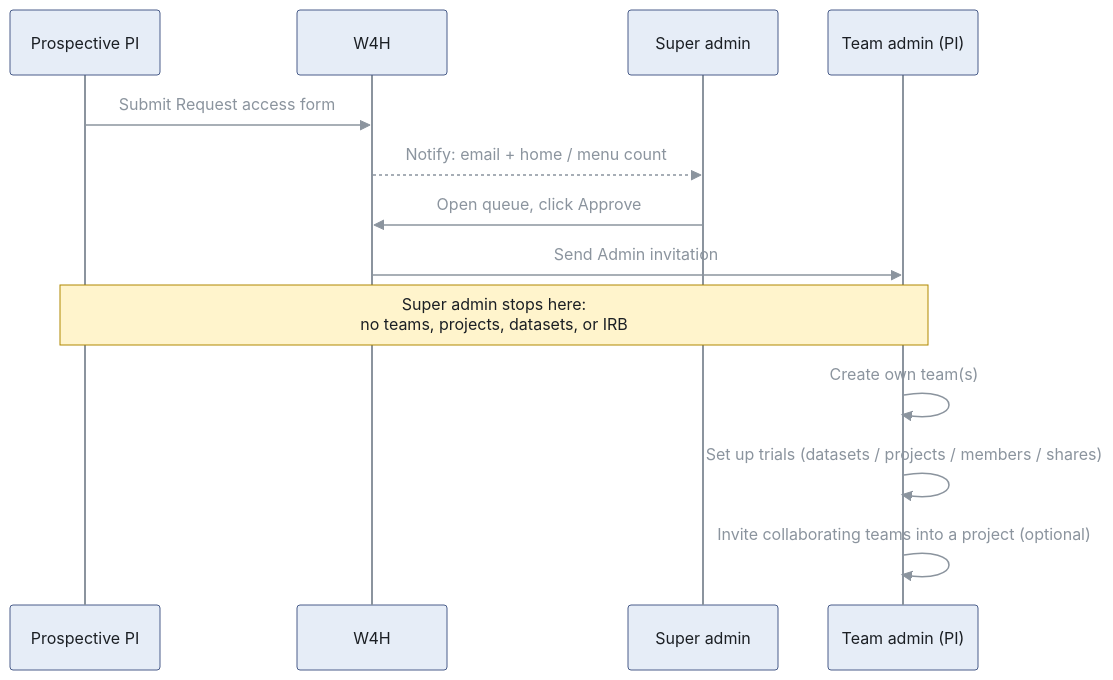
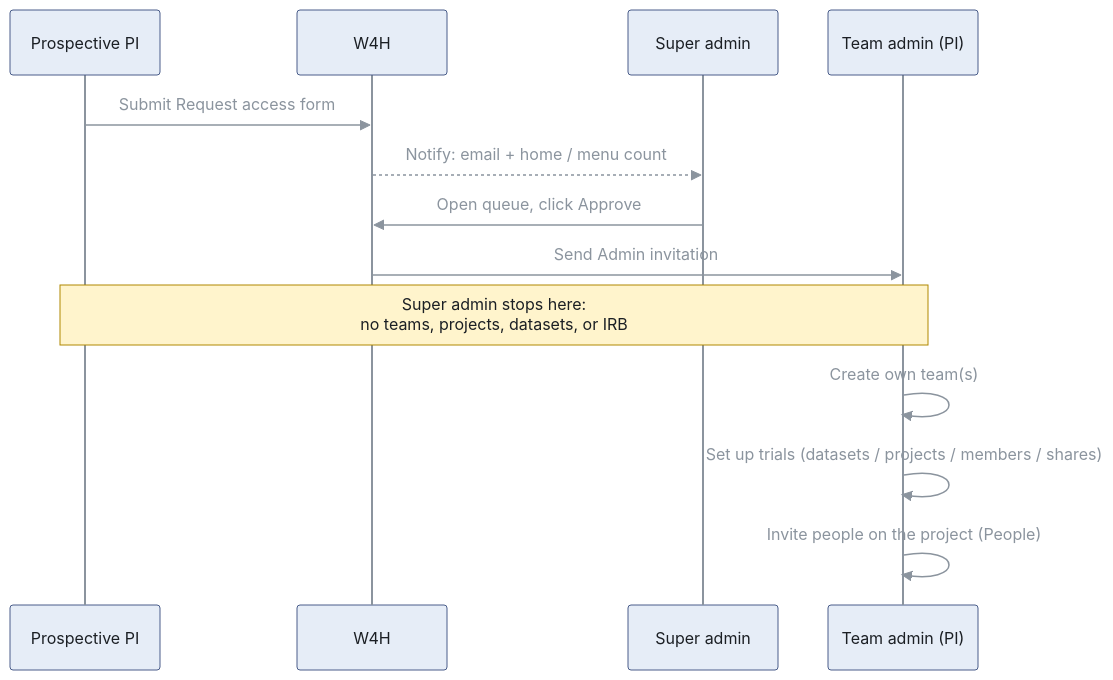
The first of 3 diagrams in dev/mvp.md (USC-InfoLab/w4h-docs), drawn with Mermaid before and after one commit. The commit also changed other lines of this file and 16 other files, not shown here.

````diff
--- a/dev/mvp.md
+++ b/dev/mvp.md
@@ -148,21 +148,21 @@
 ```mermaid
 %%{init: {'theme': 'base', 'themeVariables': {
   'actorBkg': '#e6edf7', 'actorBorder': '#4a5d8a', 'actorTextColor': '#1b1f24',
   'actorLineColor': '#8b949e', 'signalColor': '#8b949e', 'signalTextColor': '#8b949e',
   'noteBkgColor': '#fff4cc', 'noteBorderColor': '#b08800', 'noteTextColor': '#1b1f24'
 }}}%%
 sequenceDiagram
   participant PI as Prospective PI
   participant API as W4H
   participant SA as Super admin
   participant TA as Team admin (PI)
 
   PI->>API: Submit Request access form
   API-->>SA: Notify: email + home / menu count
   SA->>API: Open queue, click Approve
   API->>TA: Send Admin invitation
   Note over PI,TA: Super admin stops here:<br/>no teams, projects, datasets, or IRB
   TA->>TA: Create own team(s)
   TA->>TA: Set up trials (datasets / projects / members / shares)
-  TA->>TA: Invite collaborating teams into a project (optional)
+  TA->>TA: Invite people on the project (People)
 ```
````
